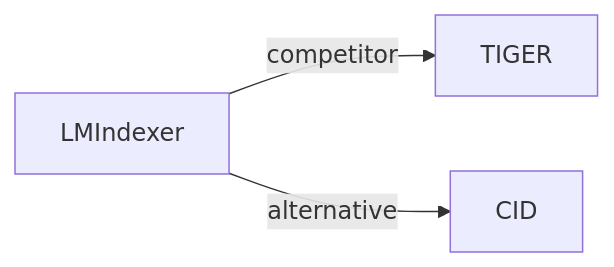
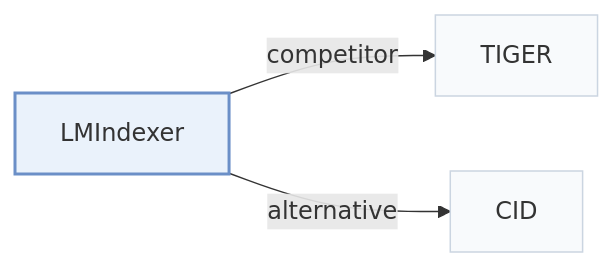
The second of 2 diagrams in pages/papers/lmindexer.md (Galaxy-ghost/Awesome-SID-Generative-Rec), drawn with Mermaid before and after one commit. The commit also changed other lines of this file and 649 other files, not shown here.

Commit message:
writer-05: also tags and modality index (schema, check, build, visuals); summary field removed; calibration data for 12 papers

````diff
--- a/pages/papers/lmindexer.md
+++ b/pages/papers/lmindexer.md
@@ -69,6 +74,10 @@
 ```mermaid
 flowchart LR
     P["LMIndexer"]
-    P -->|competitor| A["TIGER"]
-    P -->|alternative| B["CID"]
+    P -->|"competitor"| A["TIGER"]
+    P -->|"alternative"| B["CID"]
+    classDef main fill:#eaf2fb,stroke:#6b8fc7,stroke-width:2px
+    classDef peer fill:#f8fafc,stroke:#cbd5e1
+    class P main
+    class A,B peer
 ```
````
